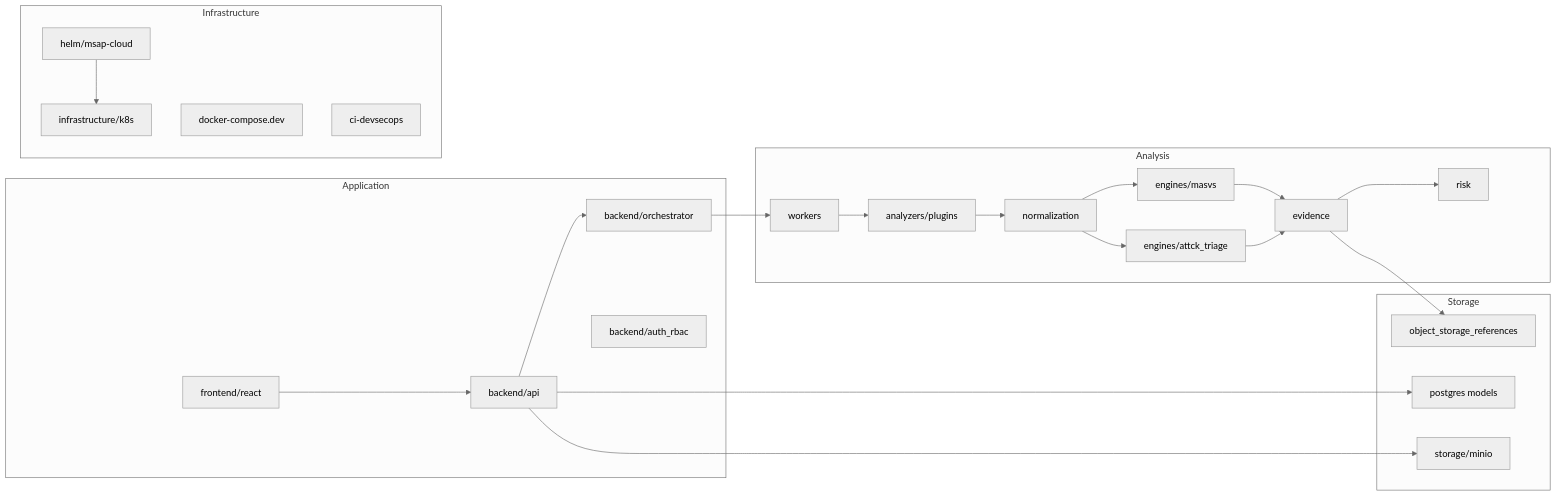
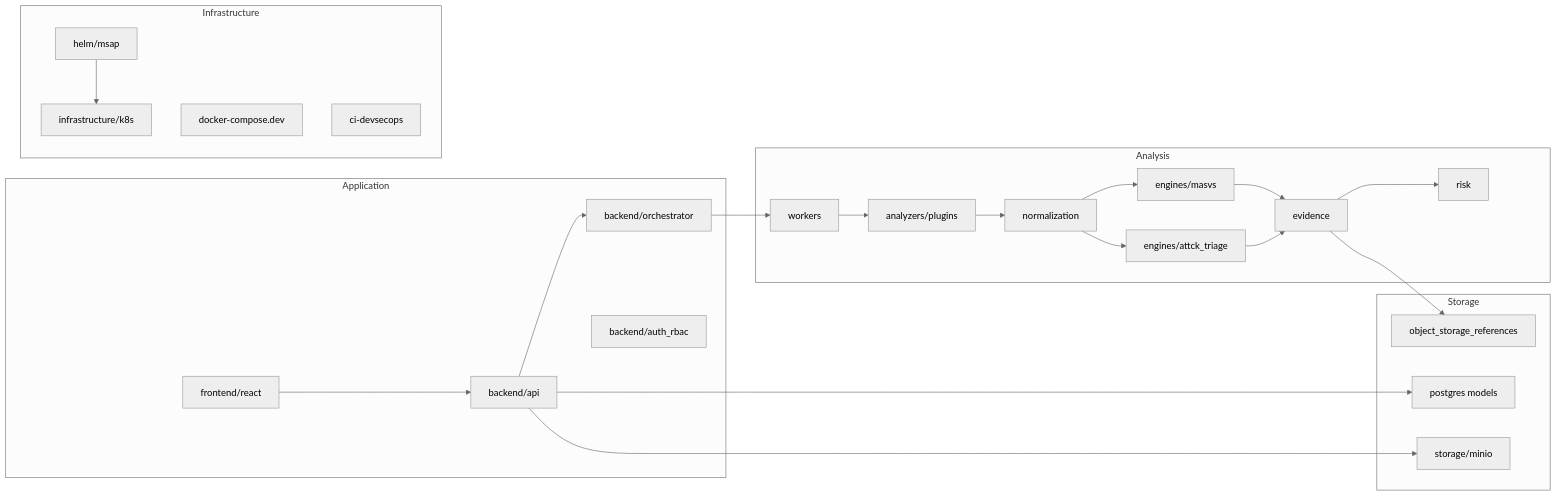
The diagram in docs/03_Architecture/12_Package_Module_Diagram.md (nine11-tech/MSAP), drawn with Mermaid (neutral theme) before and after one commit. The commit also changed other lines of this file and 49 other files, not shown here.

Commit message:
Define cloud-native storage and Helm contracts

````diff
--- a/docs/03_Architecture/12_Package_Module_Diagram.md
+++ b/docs/03_Architecture/12_Package_Module_Diagram.md
@@ -3,43 +3,43 @@
 ```mermaid
 flowchart LR
     subgraph app[Application]
       FE[frontend/react]
       API[backend/api]
       ORCH[backend/orchestrator]
       AUTH[backend/auth_rbac]
     end
     subgraph analysis[Analysis]
       WORKERS[workers]
       PLUGINS[analyzers/plugins]
       NORM[normalization]
       MASVS[engines/masvs]
       ATTCK[engines/attck_triage]
       EVID[evidence]
       RISK[risk]
     end
     subgraph storage[Storage]
       PG[postgres models]
       OBJ[storage/minio]
       REFS[object_storage_references]
     end
     subgraph infra[Infrastructure]
       K8S[infrastructure/k8s]
-      HELM[helm/msap-cloud]
+      HELM[helm/msap]
       DEV[docker-compose.dev]
       CI[ci-devsecops]
     end
     FE --> API
     API --> ORCH
     ORCH --> WORKERS
     WORKERS --> PLUGINS
     PLUGINS --> NORM
     NORM --> MASVS
     NORM --> ATTCK
     MASVS --> EVID
     ATTCK --> EVID
     EVID --> RISK
     API --> PG
     API --> OBJ
     EVID --> REFS
     HELM --> K8S
 ```
````
